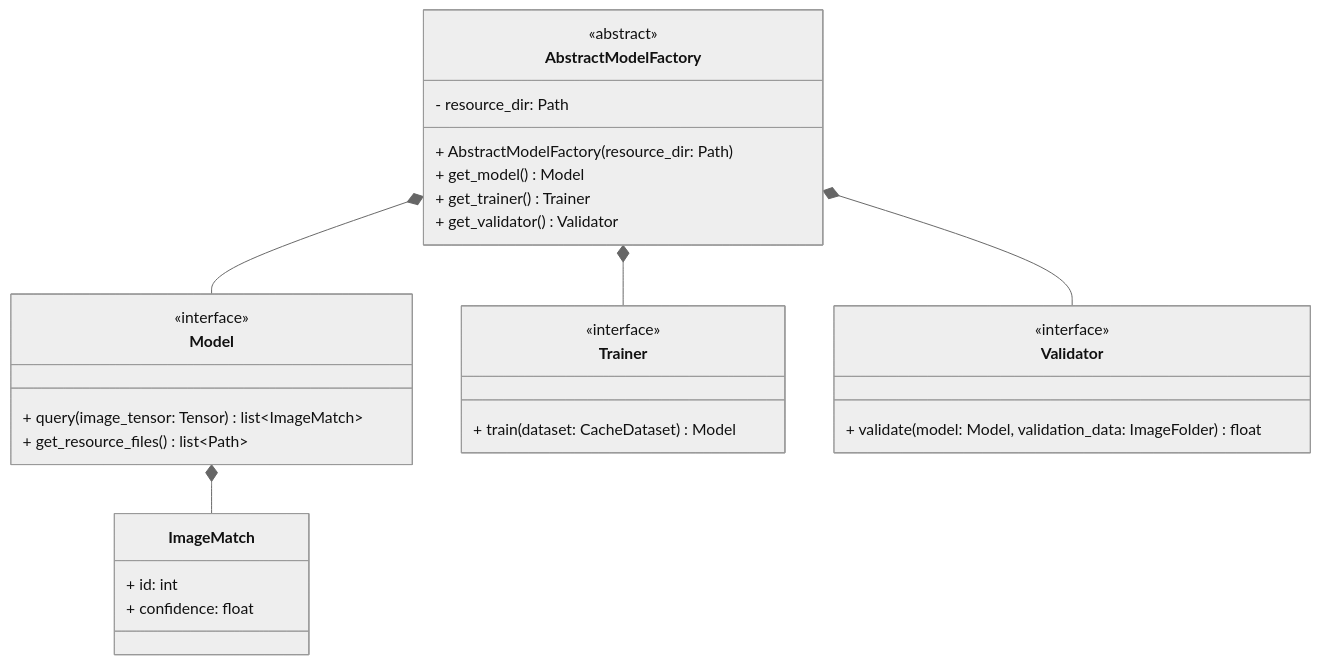
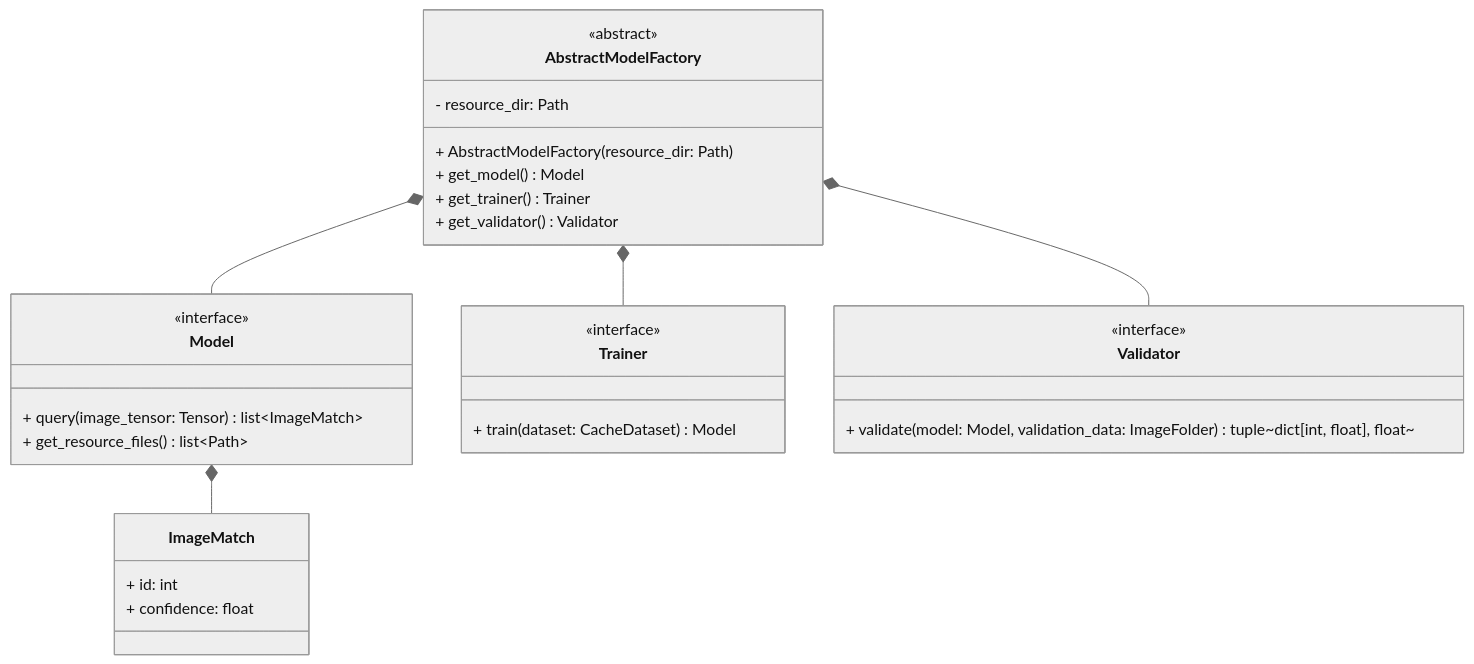
The fifth of 7 diagrams in docs/UML.md (andyblarblar/transferware.ai), drawn with Mermaid (neutral theme) before and after one commit. The commit also changed 3 other files, not shown here.

````diff
--- a/docs/UML.md
+++ b/docs/UML.md
@@ -116,37 +116,37 @@
 ```mermaid
 classDiagram
     class ImageMatch {
         + id: int
         + confidence: float
     }
     
     class Model {
         <<interface>>
         + query(image_tensor: Tensor) list~ImageMatch~
         + get_resource_files() list~Path~
     }
     
     class Trainer {
         <<interface>>
         + train(dataset: CacheDataset) Model
     }
     
     class Validator {
         <<interface>>
-        + validate(model: Model, validation_data: ImageFolder) float
+        + validate(model: Model, validation_data: ImageFolder) tuple~dict[int, float], float~
     }
     
     class AbstractModelFactory {
         <<abstract>>
         - resource_dir: Path
         + AbstractModelFactory(resource_dir: Path)
         + get_model() Model
         + get_trainer() Trainer
         + get_validator() Validator
     }
     
     Model *-- ImageMatch
     AbstractModelFactory *-- Model
     AbstractModelFactory *-- Trainer
     AbstractModelFactory *-- Validator
 ```
````
